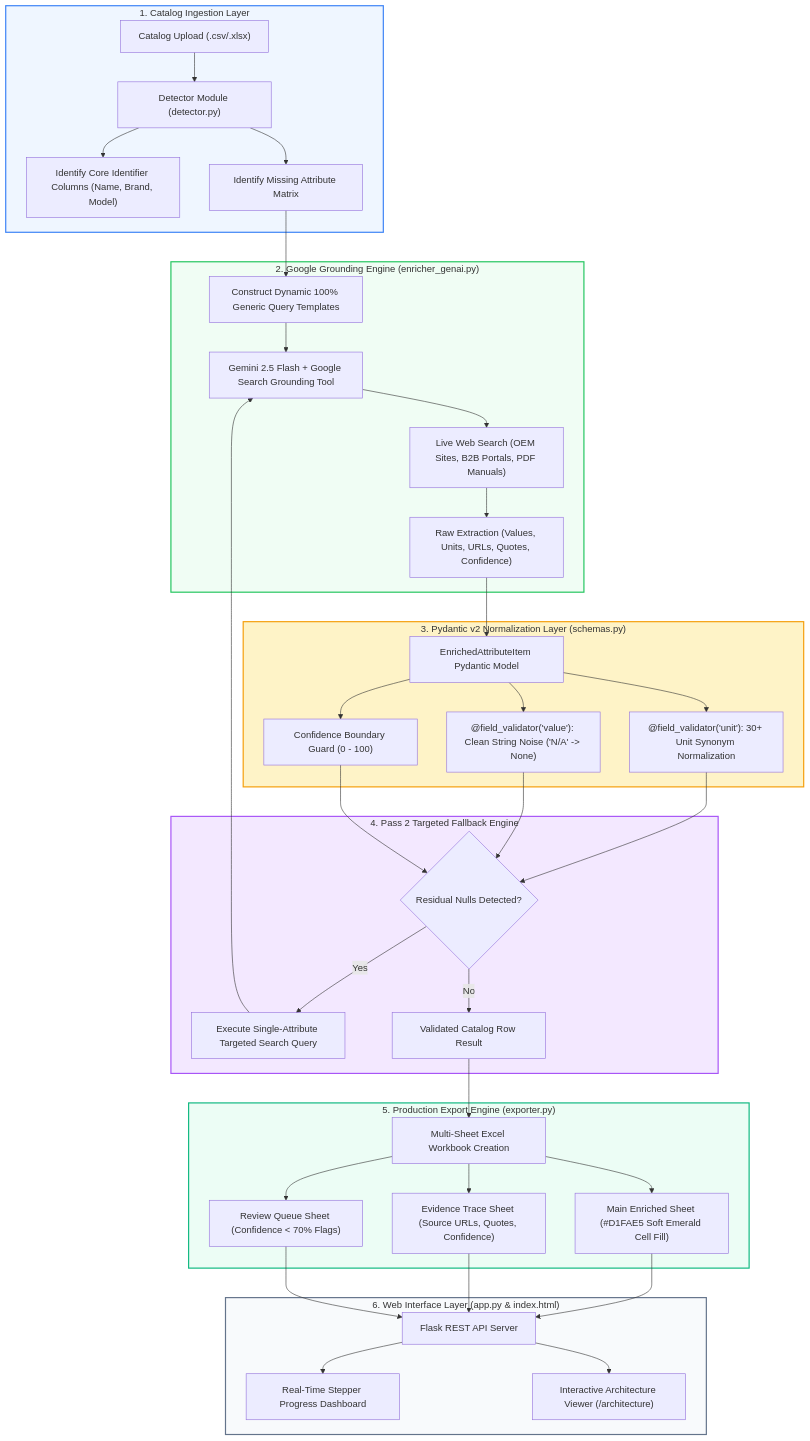
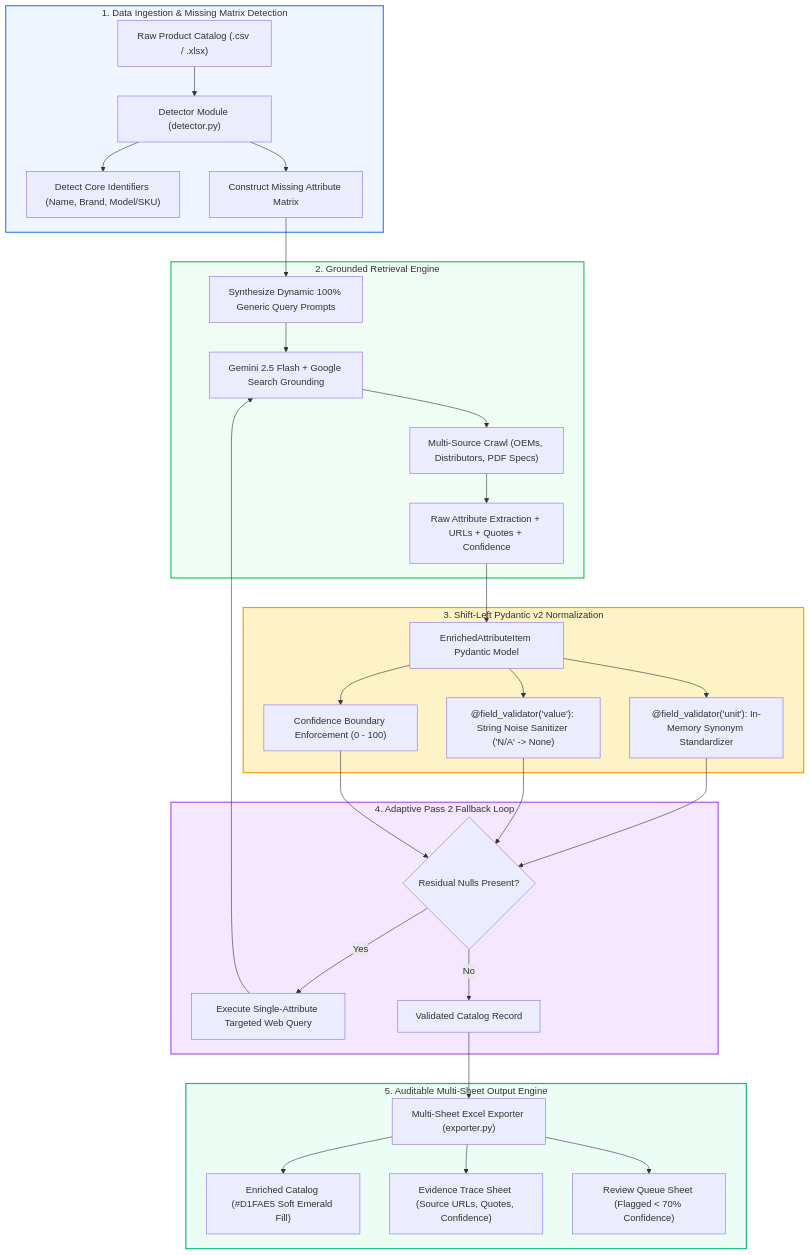
The diagram in README.md (harinishanth1-bot/Product-Enrichment-Agent), drawn with Mermaid before and after one commit. The commit also changed other lines of this file and 1 other file, not shown here.

Commit message:
docs: Rewrite README with Data Science problem formulation, ML difficulties, impact matrix & technology rationale

````diff
--- a/README.md
+++ b/README.md
@@ -103,49 +86,42 @@
 ```mermaid
 flowchart TD
-    subgraph IN["1. Catalog Ingestion Layer"]
-        A["Catalog Upload (.csv/.xlsx)"] --> B["Detector Module (detector.py)"]
-        B --> C["Identify Core Identifier Columns (Name, Brand, Model)"]
-        B --> D["Identify Missing Attribute Matrix"]
+    subgraph PROBLEM["1. Data Ingestion & Missing Matrix Detection"]
+        A["Raw Product Catalog (.csv / .xlsx)"] --> B["Detector Module (detector.py)"]
+        B --> C["Detect Core Identifiers (Name, Brand, Model/SKU)"]
+        B --> D["Construct Missing Attribute Matrix"]
     end
 
-    subgraph GR["2. Google Grounding Engine (enricher_genai.py)"]
-        D --> E["Construct Dynamic 100% Generic Query Templates"]
-        E --> F["Gemini 2.5 Flash + Google Search Grounding Tool"]
-        F --> G["Live Web Search (OEM Sites, B2B Portals, PDF Manuals)"]
-        G --> H["Raw Extraction (Values, Units, URLs, Quotes, Confidence)"]
+    subgraph RETRIEVAL["2. Grounded Retrieval Engine"]
+        D --> E["Synthesize Dynamic 100% Generic Query Prompts"]
+        E --> F["Gemini 2.5 Flash + Google Search Grounding"]
+        F --> G["Multi-Source Crawl (OEMs, Distributors, PDF Specs)"]
+        G --> H["Raw Attribute Extraction + URLs + Quotes + Confidence"]
     end
 
-    subgraph VAL["3. Pydantic v2 Normalization Layer (schemas.py)"]
+    subgraph VALIDATION["3. Shift-Left Pydantic v2 Normalization"]
         H --> I["EnrichedAttributeItem Pydantic Model"]
-        I --> J["@field_validator('unit'): 30+ Unit Synonym Normalization"]
-        I --> K["@field_validator('value'): Clean String Noise ('N/A' -> None)"]
-        I --> L["Confidence Boundary Guard (0 - 100)"]
+        I --> J["@field_validator('unit'): In-Memory Synonym Standardizer"]
+        I --> K["@field_validator('value'): String Noise Sanitizer ('N/A' -> None)"]
+        I --> L["Confidence Boundary Enforcement (0 - 100)"]
     end
 
-    subgraph PASS2["4. Pass 2 Targeted Fallback Engine"]
-        J & K & L --> M{"Residual Nulls Detected?"}
-        M -- Yes --> N["Execute Single-Attribute Targeted Search Query"]
+    subgraph RECOVERY["4. Adaptive Pass 2 Fallback Loop"]
+        J & K & L --> M{"Residual Nulls Present?"}
+        M -- Yes --> N["Execute Single-Attribute Targeted Web Query"]
         N --> F
-        M -- No --> O["Validated Catalog Row Result"]
+        M -- No --> O["Validated Catalog Record"]
     end
 
-    subgraph EXP["5. Production Export Engine (exporter.py)"]
-        O --> P["Multi-Sheet Excel Workbook Creation"]
-        P --> Q["Main Enriched Sheet (#D1FAE5 Soft Emerald Cell Fill)"]
+    subgraph EXPORT["5. Auditable Multi-Sheet Output Engine"]
+        O --> P["Multi-Sheet Excel Exporter (exporter.py)"]
+        P --> Q["Enriched Catalog (#D1FAE5 Soft Emerald Fill)"]
         P --> R["Evidence Trace Sheet (Source URLs, Quotes, Confidence)"]
-        P --> S["Review Queue Sheet (Confidence < 70% Flags)"]
+        P --> S["Review Queue Sheet (Flagged < 70% Confidence)"]
     end
 
-    subgraph UI["6. Web Interface Layer (app.py & index.html)"]
-        Q & R & S --> T["Flask REST API Server"]
-        T --> U["Real-Time Stepper Progress Dashboard"]
-        T --> V["Interactive Architecture Viewer (/architecture)"]
-    end
-
-    style IN fill:#EFF6FF,stroke:#3B82F6,stroke-width:2px;
-    style GR fill:#F0FDF4,stroke:#22C55E,stroke-width:2px;
-    style VAL fill:#FEF3C7,stroke:#F59E0B,stroke-width:2px;
-    style PASS2 fill:#F3E8FF,stroke:#A855F7,stroke-width:2px;
-    style EXP fill:#ECFDF5,stroke:#10B981,stroke-width:2px;
-    style UI fill:#F8FAFC,stroke:#64748B,stroke-width:2px;
+    style PROBLEM fill:#EFF6FF,stroke:#3B82F6,stroke-width:2px;
+    style RETRIEVAL fill:#F0FDF4,stroke:#22C55E,stroke-width:2px;
+    style VALIDATION fill:#FEF3C7,stroke:#F59E0B,stroke-width:2px;
+    style RECOVERY fill:#F3E8FF,stroke:#A855F7,stroke-width:2px;
+    style EXPORT fill:#ECFDF5,stroke:#10B981,stroke-width:2px;
 ```
````
